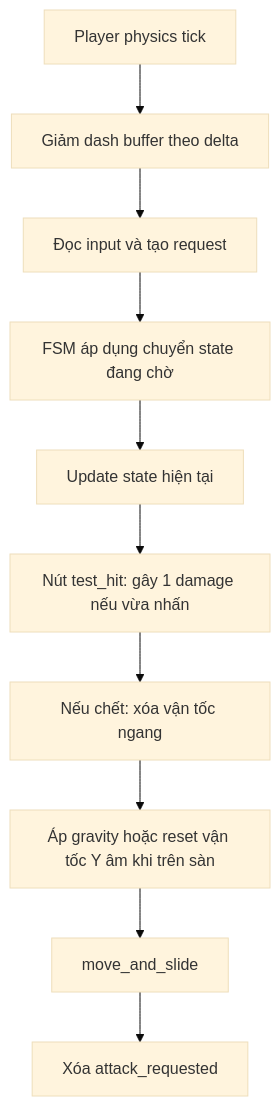
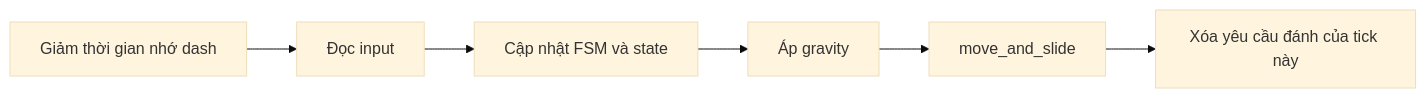
Before and after one commit to Naathan404/foxy-pirate-the-isle-of-secrets: the diagram in docs/player_business_logic.md, drawn with Mermaid (base theme). The commit also changed other lines of this file and 2 other files, not shown here.

Commit message:
chore(docs): update player logic docs and weapon logic docs

````diff
--- a/docs/player_business_logic.md
+++ b/docs/player_business_logic.md
@@ -64,12 +30,8 @@
 ```mermaid
-flowchart TD
-    A[Player physics tick] --> B[Giảm dash buffer theo delta]
-    B --> C[Đọc input và tạo request]
-    C --> D[FSM áp dụng chuyển state đang chờ]
-    D --> E[Update state hiện tại]
-    E --> F[Nút test_hit: gây 1 damage nếu vừa nhấn]
-    F --> G[Nếu chết: xóa vận tốc ngang]
-    G --> H[Áp gravity hoặc reset vận tốc Y âm khi trên sàn]
-    H --> I[move_and_slide]
-    I --> J[Xóa attack_requested]
+flowchart LR
+    A[Giảm thời gian nhớ dash] --> B[Đọc input]
+    B --> C[Cập nhật FSM và state]
+    C --> D[Áp gravity]
+    D --> E[move_and_slide]
+    E --> F[Xóa yêu cầu đánh của tick này]
 ```
````
